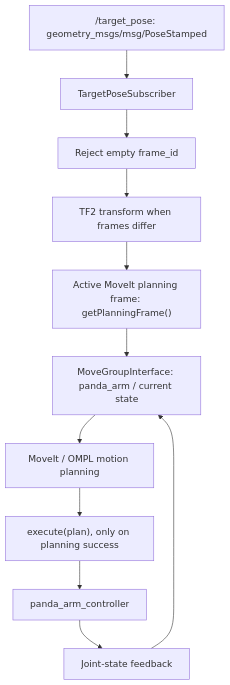
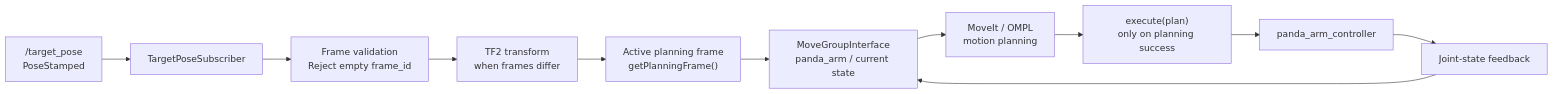
The diagram in README.md (thomas87920386/ros2-moveit2-panda-manipulation), drawn with Mermaid before and after one commit. The commit also changed other lines of this file, not shown here.

Commit message:
Improve robotics portfolio README

````diff
--- a/README.md
+++ b/README.md
@@ -16,13 +33,13 @@
 ```mermaid
-flowchart TD
-    A["/target_pose: geometry_msgs/msg/PoseStamped"] --> B[TargetPoseSubscriber]
-    B --> C[Reject empty frame_id]
-    C --> D[TF2 transform when frames differ]
-    D --> E["Active MoveIt planning frame: getPlanningFrame()"]
-    E --> F["MoveGroupInterface: panda_arm / current state"]
-    F --> G["MoveIt / OMPL motion planning"]
-    G --> H["execute(plan), only on planning success"]
+flowchart LR
+    A["/target_pose<br/>PoseStamped"] --> B[TargetPoseSubscriber]
+    B --> C["Frame validation<br/>Reject empty frame_id"]
+    C --> D["TF2 transform<br/>when frames differ"]
+    D --> E["Active planning frame<br/>getPlanningFrame()"]
+    E --> F["MoveGroupInterface<br/>panda_arm / current state"]
+    F --> G["MoveIt / OMPL<br/>motion planning"]
+    G --> H["execute(plan)<br/>only on planning success"]
     H --> I[panda_arm_controller]
     I --> J[Joint-state feedback]
     J --> F
 ```
````
